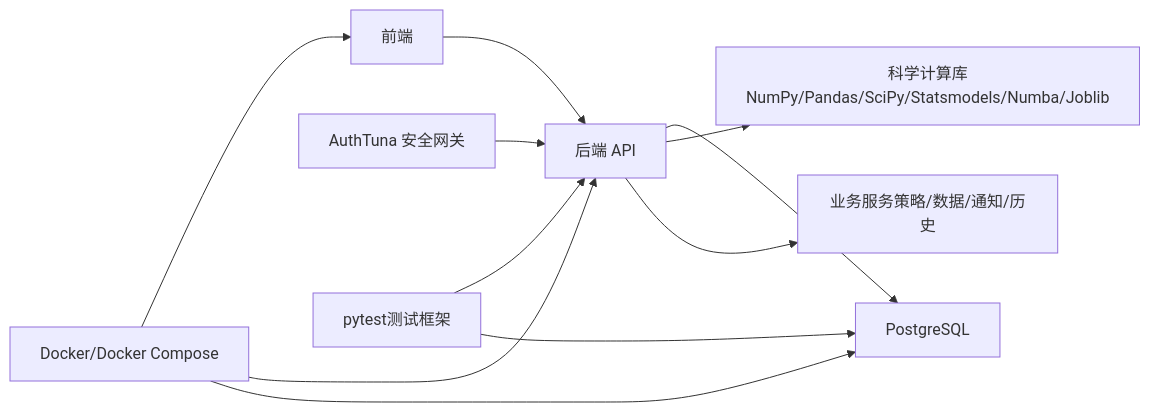
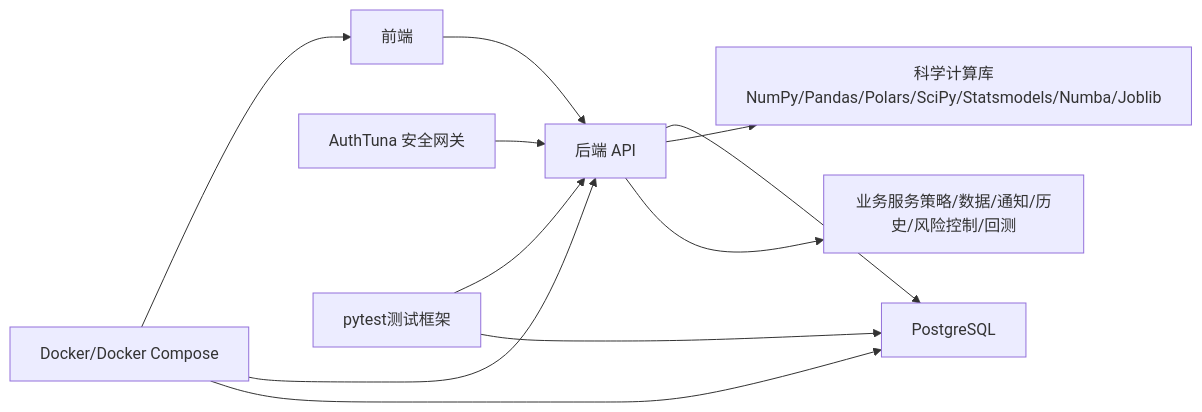
The tenth of 10 diagrams in .qoder/repowiki/zh/content/开发指南.md (raymodny-ai/The-Modern-Turtle-Protocol), drawn with Mermaid before and after one commit. The commit also changed other lines of this file and 15 other files, not shown here.

````diff
--- a/.qoder/repowiki/zh/content/开发指南.md
+++ b/.qoder/repowiki/zh/content/开发指南.md
@@ -482,13 +799,13 @@
 ```mermaid
 graph LR
 FE["前端"] --> API["后端 API"]
 API --> DB["PostgreSQL"]
-API --> Libs["科学计算库NumPy/Pandas/SciPy/Statsmodels/Numba/Joblib"]
-API --> Svc["业务服务策略/数据/通知/历史"]
+API --> Libs["科学计算库NumPy/Pandas/Polars/SciPy/Statsmodels/Numba/Joblib"]
+API --> Svc["业务服务策略/数据/通知/历史/风险控制/回测"]
 Infra["Docker/Docker Compose"] --> FE
 Infra --> API
 Infra --> DB
 Sec["AuthTuna 安全网关"] --> API
 Tests["pytest测试框架"] --> API
 Tests --> DB
 ```
````
